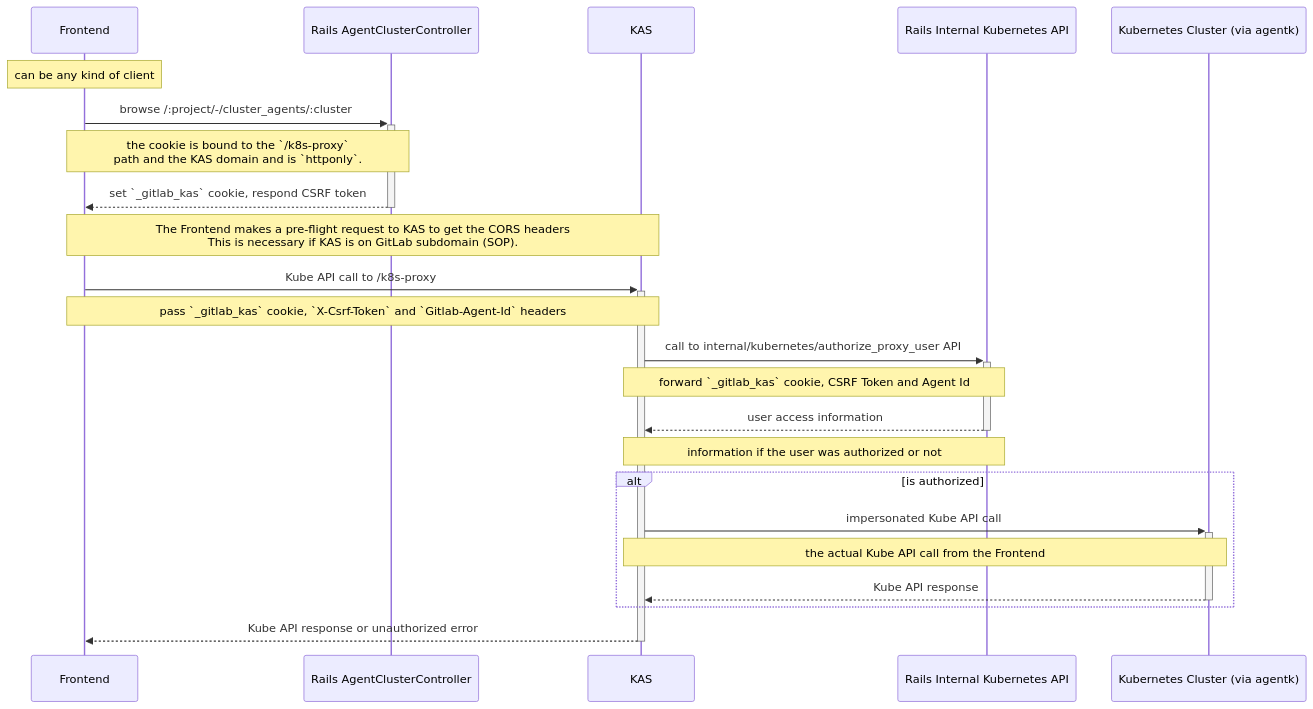
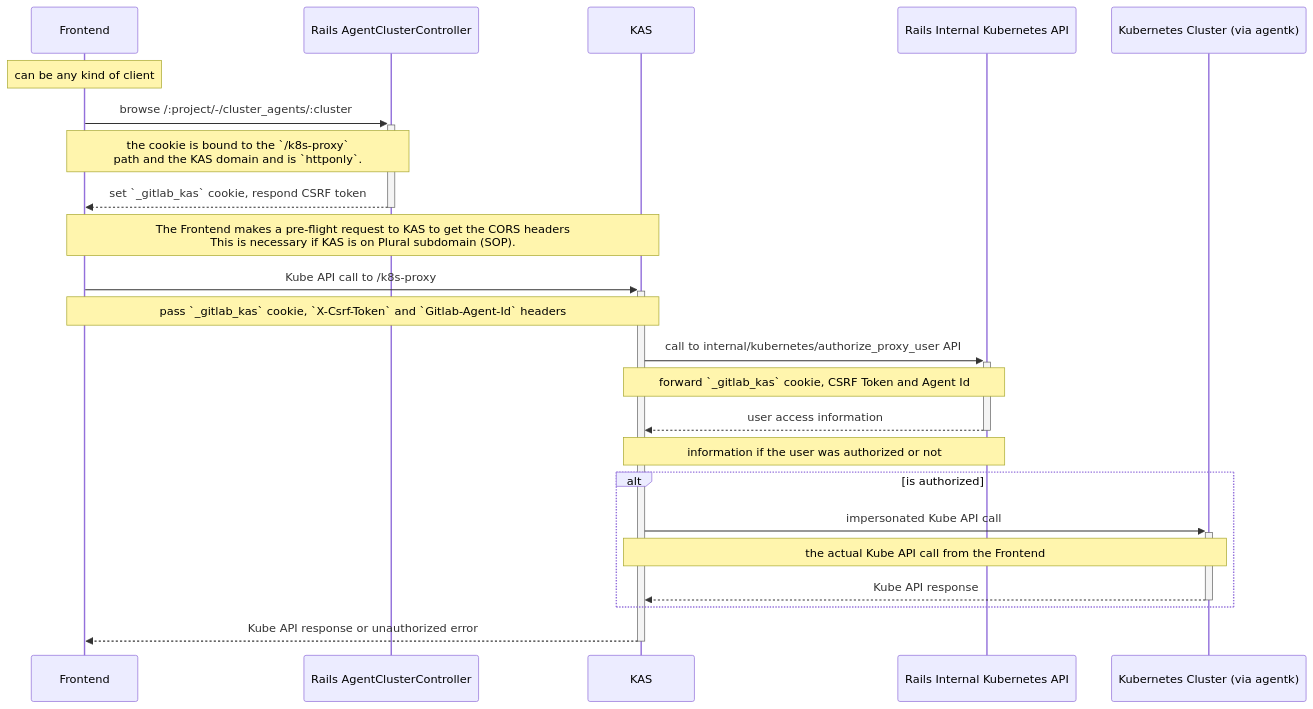
Before and after one commit to pluralsh/kubernetes-agent: the second of 2 diagrams in doc/kubernetes_user_access.md, drawn with Mermaid. The commit also changed other lines of this file and 31 other files, not shown here.

Commit message:
add audit logging to kas and replace most GitLab occurences with Plural

````diff
--- a/doc/kubernetes_user_access.md
+++ b/doc/kubernetes_user_access.md
@@ -494,21 +494,21 @@
 ```mermaid
 sequenceDiagram
 
 note over Frontend: can be any kind of client
 Frontend->>+Rails AgentClusterController: browse /:project/-/cluster_agents/:cluster
 note over Frontend,Rails AgentClusterController: the cookie is bound to the `/k8s-proxy`<br/>path and the KAS domain and is `httponly`.
 Rails AgentClusterController-->>-Frontend: set `_gitlab_kas` cookie, respond CSRF token
-note over Frontend,KAS: The Frontend makes a pre-flight request to KAS to get the CORS headers<br/>This is necessary if KAS is on GitLab subdomain (SOP).
+note over Frontend,KAS: The Frontend makes a pre-flight request to KAS to get the CORS headers<br/>This is necessary if KAS is on Plural subdomain (SOP).
 Frontend->>+KAS: Kube API call to /k8s-proxy
 note over Frontend,KAS: pass `_gitlab_kas` cookie, `X-Csrf-Token` and `Gitlab-Agent-Id` headers
 KAS->>+Rails Internal Kubernetes API: call to internal/kubernetes/authorize_proxy_user API
 note over KAS,Rails Internal Kubernetes API: forward `_gitlab_kas` cookie, CSRF Token and Agent Id
 Rails Internal Kubernetes API-->>-KAS: user access information
 note over KAS,Rails Internal Kubernetes API: information if the user was authorized or not
 alt is authorized
     KAS->>+Kubernetes Cluster (via agentk): impersonated Kube API call
     note over KAS,Kubernetes Cluster (via agentk): the actual Kube API call from the Frontend
     Kubernetes Cluster (via agentk)-->>-KAS: Kube API response
 end
 KAS-->>-Frontend: Kube API response or unauthorized error
 ```
````
